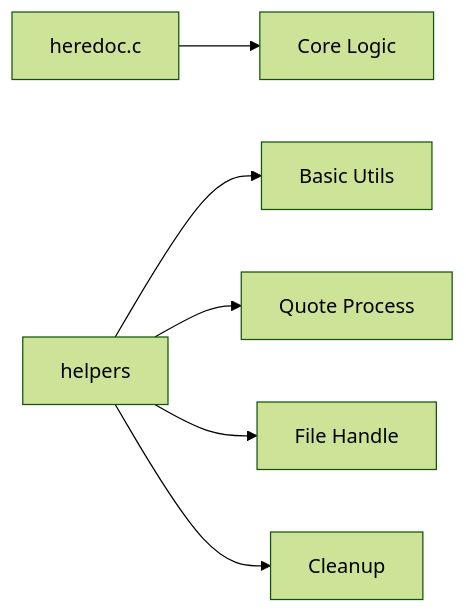
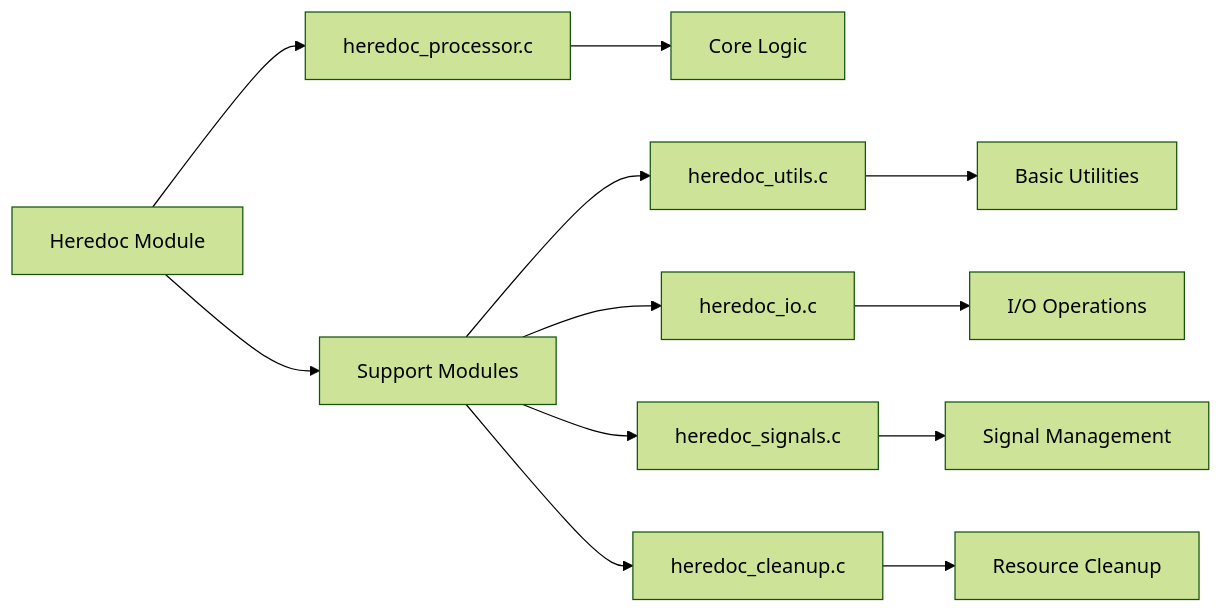
Before and after one commit to Eliot3632772u/my_shell: the second of 12 diagrams in shell/src/here-doc/README.md, drawn with Mermaid (forest theme). The commit also changed other lines of this file and 12 other files, not shown here.

````diff
--- a/shell/src/here-doc/README.md
+++ b/shell/src/here-doc/README.md
@@ -31,9 +31,16 @@
 ```mermaid
 graph LR
-    A[heredoc.c] --> B[Core Logic]
+    A[Heredoc Module] --> B[heredoc_processor.c]
+    B --> C[Core Logic]
     
-    C[helpers] --> D[Basic Utils]
-    C --> E[Quote Process]
-    C --> F[File Handle]
-    C --> G[Cleanup]
+    A --> D[Support Modules]
+    D --> E[heredoc_utils.c]
+    D --> F[heredoc_io.c]
+    D --> G[heredoc_signals.c]
+    D --> H[heredoc_cleanup.c]
+    
+    E --> I[Basic Utilities]
+    F --> J[I/O Operations]
+    G --> K[Signal Management]
+    H --> L[Resource Cleanup]
 ```
````
